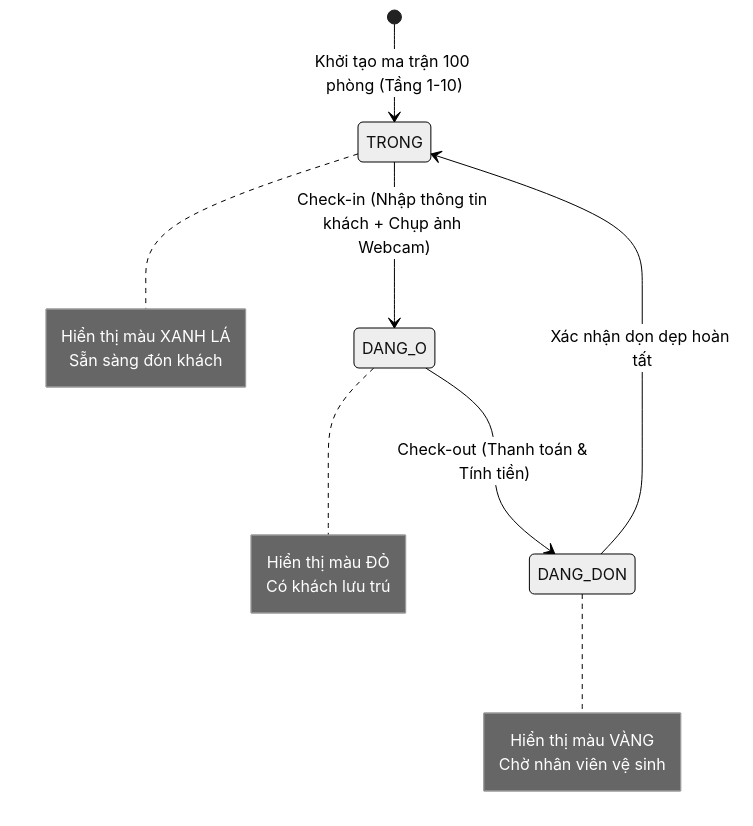
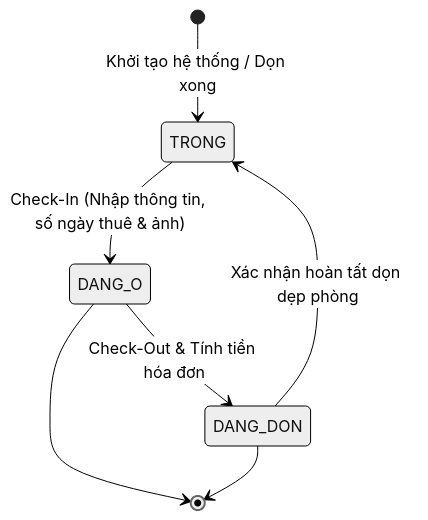
Before and after one commit to NNTTuan/HotelBookingSystem: the diagram in docs/diagrams/room_state.mmd, drawn with Mermaid (neutral theme). The commit also changed 7 other files, not shown here.

```diff
--- a/docs/diagrams/room_state.mmd
+++ b/docs/diagrams/room_state.mmd
@@ -1,21 +1,7 @@
 stateDiagram-v2
-    [*] --> TRONG : Khởi tạo ma trận 100 phòng (Tầng 1-10)
-
-    TRONG --> DANG_O : Check-in (Nhập thông tin khách + Chụp ảnh Webcam)
-    DANG_O --> DANG_DON : Check-out (Thanh toán & Tính tiền)
-    DANG_DON --> TRONG : Xác nhận dọn dẹp hoàn tất
-
-    note right of TRONG
-        Hiển thị màu XANH LÁ
-        Sẵn sàng đón khách
-    end note
-
-    note right of DANG_O
-        Hiển thị màu ĐỎ
-        Có khách lưu trú
-    end note
-
-    note right of DANG_DON
-        Hiển thị màu VÀNG
-        Chờ nhân viên vệ sinh
-    end note
+    [*] --> TRONG : Khởi tạo hệ thống / Dọn xong
+    TRONG --> DANG_O : Check-In (Nhập thông tin, số ngày thuê & ảnh)
+    DANG_O --> DANG_DON : Check-Out & Tính tiền hóa đơn
+    DANG_DON --> TRONG : Xác nhận hoàn tất dọn dẹp phòng
+    DANG_O --> [*]
+    DANG_DON --> [*]
```
